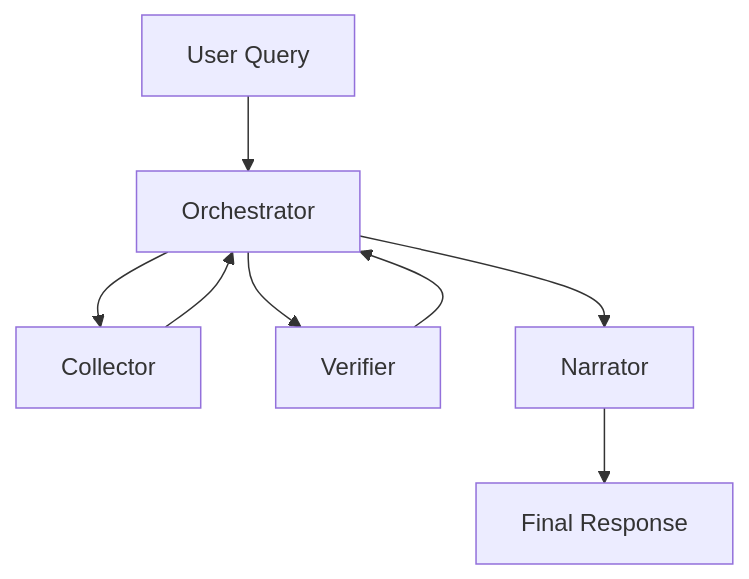
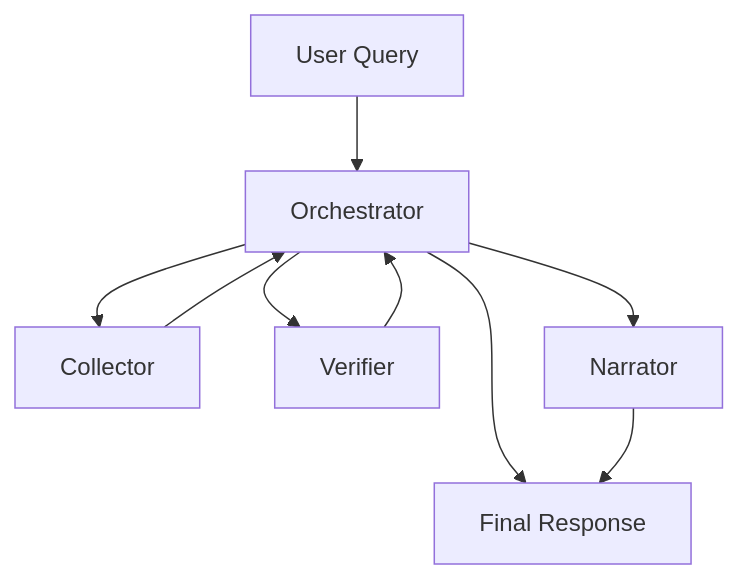
The diagram in README.md (VaibhaRagavan/AgentCore), drawn with Mermaid before and after one commit.

````diff
--- a/README.md
+++ b/README.md
@@ -36,10 +36,11 @@
 ```mermaid
 flowchart TD
     A[User Query] --> B[Orchestrator]
     B --> C[Collector]
     B --> D[Verifier]
     B --> E[Narrator]
     C --> B
     D --> B
+    B --> F
     E --> F[Final Response]
 ```
````
